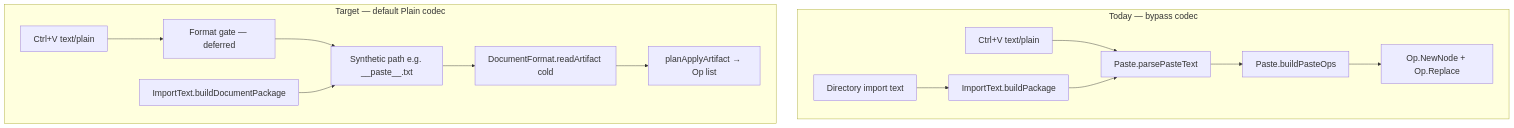
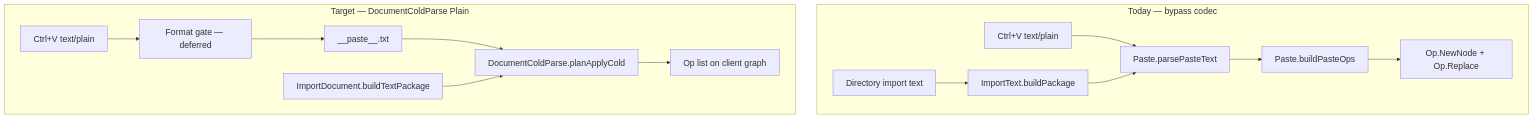
The diagram in doc/roadmap/paste-document-codec-import.md (abaljeu/ambit), drawn with Mermaid before and after one commit. The commit also changed other lines of this file and 24 other files, not shown here.

Commit message:
paste using document parsing

````diff
--- a/doc/roadmap/paste-document-codec-import.md
+++ b/doc/roadmap/paste-document-codec-import.md
@@ -37,18 +85,18 @@
 ```mermaid
 %%{init: {'themeVariables': {'fontSize': '20px'}}}%%
 flowchart TB
   subgraph today ["Today — bypass codec"]
     PV["Ctrl+V text/plain"] --> PPT["Paste.parsePasteText"]
     PPT --> BPO["Paste.buildPasteOps"]
     BPO --> Ops["Op.NewNode + Op.Replace"]
     DIR["Directory import text"] --> BP["ImportText.buildPackage"]
     BP --> PPT
   end
-  subgraph target ["Target — default Plain codec"]
+  subgraph target ["Target — DocumentColdParse Plain"]
     PV2["Ctrl+V text/plain"] --> Gate["Format gate — deferred"]
-    Gate --> Synth["Synthetic path e.g. __paste__.txt"]
-    Synth --> DF["DocumentFormat.readArtifact cold"]
-    DF --> Plan["planApplyArtifact → Op list"]
-    BP2["ImportText.buildDocumentPackage"] --> Synth
+    Gate --> Synth["__paste__.txt"]
+    Synth --> Cold["DocumentColdParse.planApplyCold"]
+    Cold --> Ops2["Op list on client graph"]
+    BP2["ImportDocument.buildTextPackage"] --> Cold
   end
 ```
````
